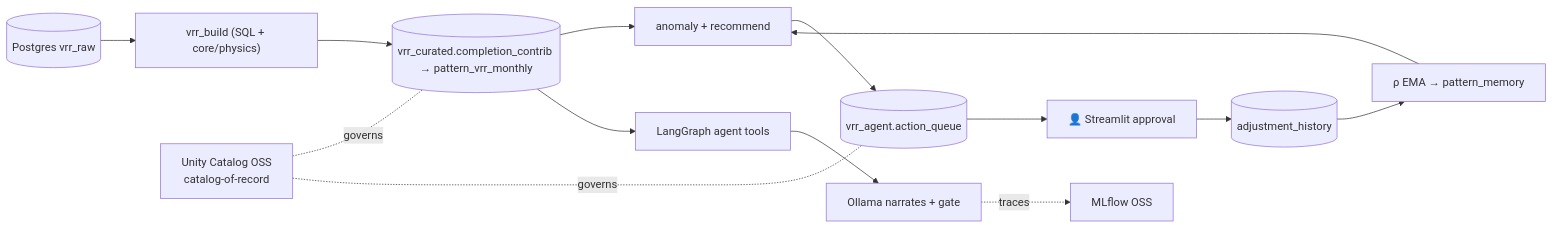
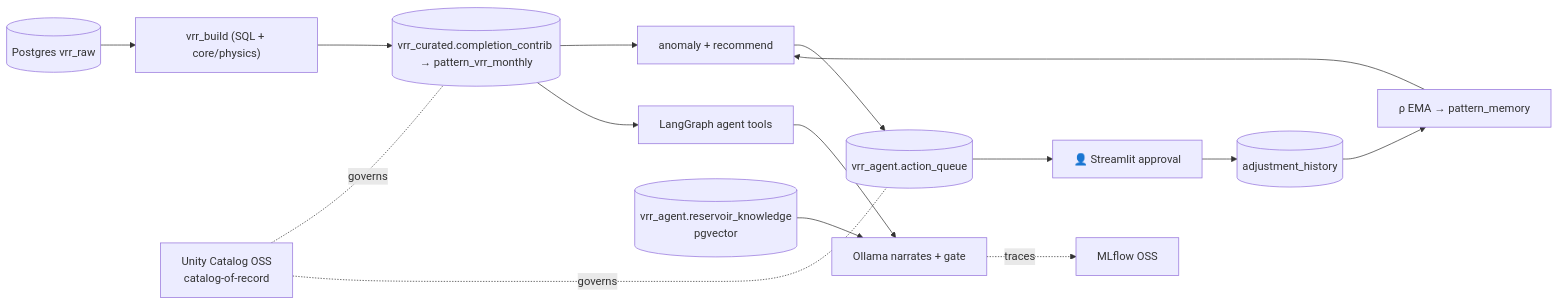
Before and after one commit to vamshi455/vrr-agent-open: the first of 2 diagrams in docs/design.md, drawn with Mermaid. The commit also changed other lines of this file and 1 other file, not shown here.

First line of the commit message:
docs: document the LLM + RAG architecture in design.md

````diff
--- a/docs/design.md
+++ b/docs/design.md
@@ -61,11 +61,12 @@
 ```mermaid
 flowchart LR
     RAW[("Postgres vrr_raw")] --> BUILD["vrr_build (SQL + core/physics)"]
     BUILD --> CUR[("vrr_curated.completion_contrib → pattern_vrr_monthly")]
     CUR --> ANOM["anomaly + recommend"] --> Q[("vrr_agent.action_queue")]
     Q --> APP["👤 Streamlit approval"] --> AH[("adjustment_history")]
     AH --> LEARN["ρ EMA → pattern_memory"] --> ANOM
     CUR --> TOOLS["LangGraph agent tools"] --> LLM["Ollama narrates + gate"]
+    KB[("vrr_agent.reservoir_knowledge<br/>pgvector")] --> LLM
     UC["Unity Catalog OSS<br/>catalog-of-record"] -. governs .- CUR & Q
     LLM -. traces .-> ML["MLflow OSS"]
 ```
````
